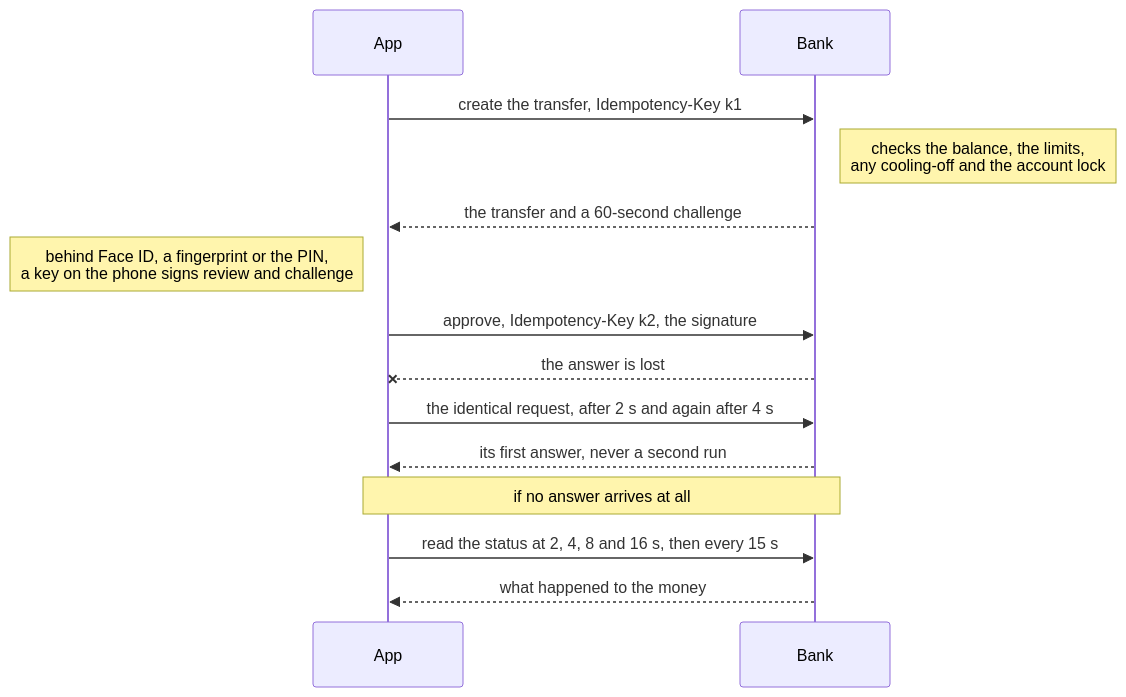
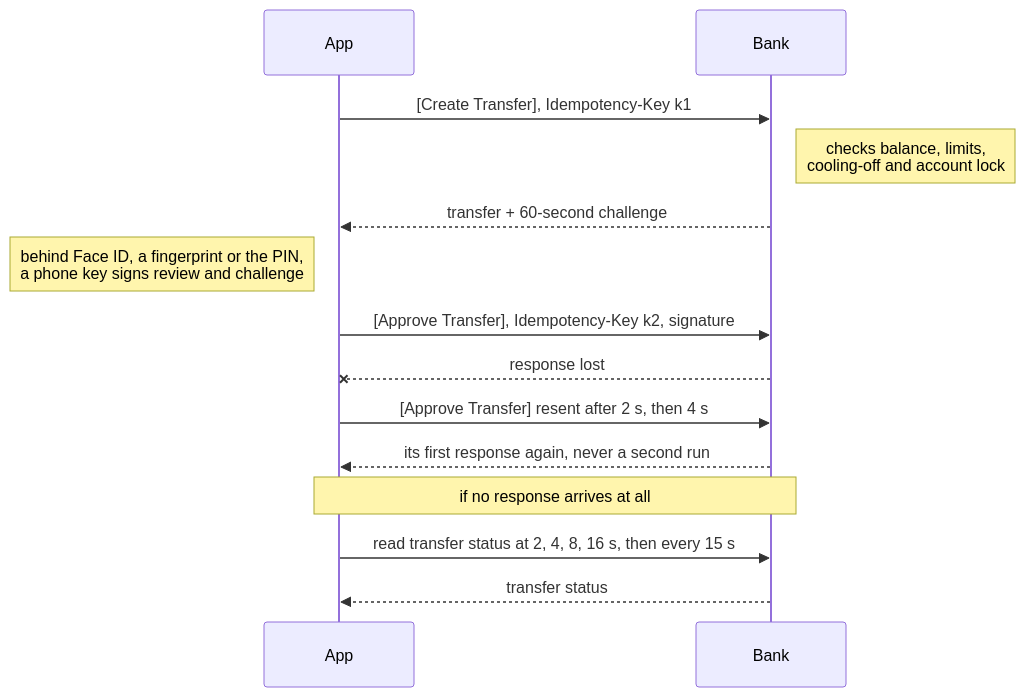
The first of 2 diagrams in docs/write-up.md (chiewwengkeat/ryt-transfer), drawn with Mermaid before and after one commit. The commit also changed other lines of this file, not shown here.

Commit message:
docs(write-up): open on the two calls, their idempotency keys and the signature
1. A reviewer reads the opening first; a numbered flow and two notes reach the guarantees faster
   than the paragraph they replace, which the sections below still expand.

````diff
--- a/docs/write-up.md
+++ b/docs/write-up.md
@@ -5,16 +8,16 @@
 ```mermaid
 sequenceDiagram
     participant App
     participant Bank
-    App->>Bank: create the transfer, Idempotency-Key k1
-    Note right of Bank: checks the balance, the limits,<br/>any cooling-off and the account lock
-    Bank-->>App: the transfer and a 60-second challenge
-    Note left of App: behind Face ID, a fingerprint or the PIN,<br/>a key on the phone signs review and challenge
-    App->>Bank: approve, Idempotency-Key k2, the signature
-    Bank--xApp: the answer is lost
-    App->>Bank: the identical request, after 2 s and again after 4 s
-    Bank-->>App: its first answer, never a second run
-    Note over App,Bank: if no answer arrives at all
-    App->>Bank: read the status at 2, 4, 8 and 16 s, then every 15 s
-    Bank-->>App: what happened to the money
+    App->>Bank: [Create Transfer], Idempotency-Key k1
+    Note right of Bank: checks balance, limits,<br/>cooling-off and account lock
+    Bank-->>App: transfer + 60-second challenge
+    Note left of App: behind Face ID, a fingerprint or the PIN,<br/>a phone key signs review and challenge
+    App->>Bank: [Approve Transfer], Idempotency-Key k2, signature
+    Bank--xApp: response lost
+    App->>Bank: [Approve Transfer] resent after 2 s, then 4 s
+    Bank-->>App: its first response again, never a second run
+    Note over App,Bank: if no response arrives at all
+    App->>Bank: read transfer status at 2, 4, 8, 16 s, then every 15 s
+    Bank-->>App: transfer status
 ```
````
